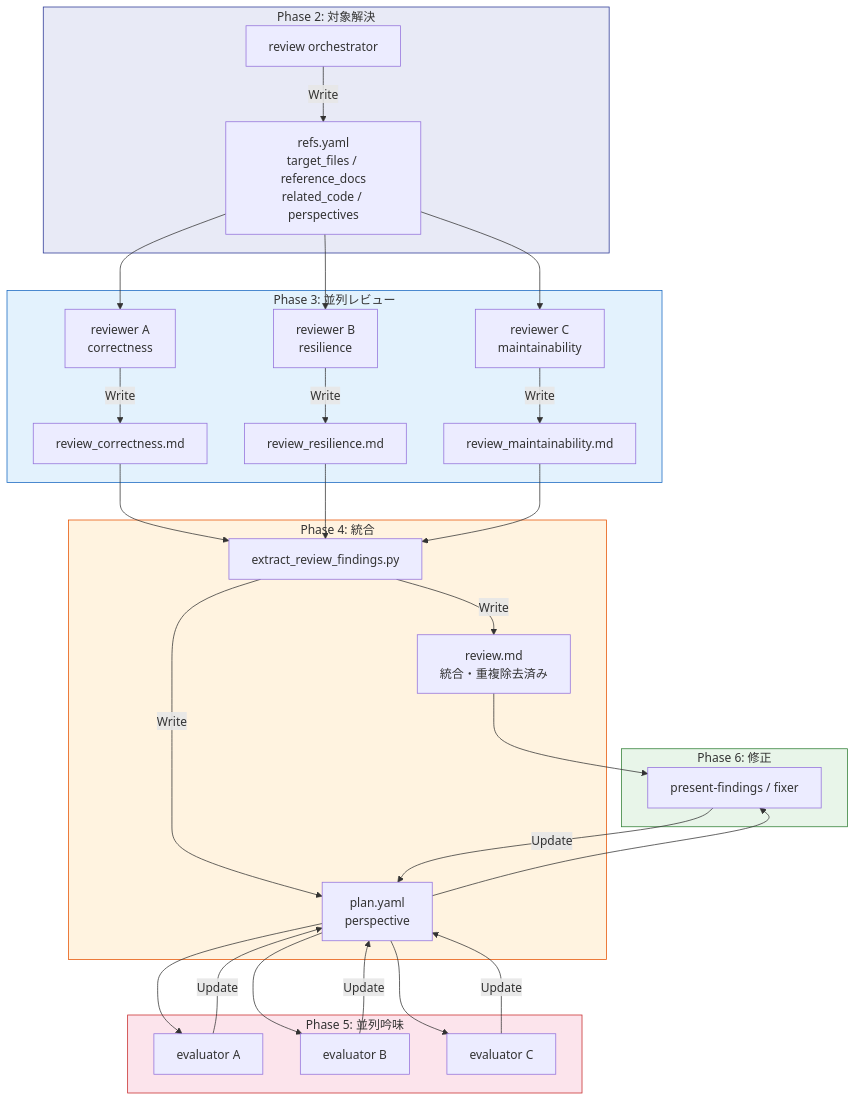
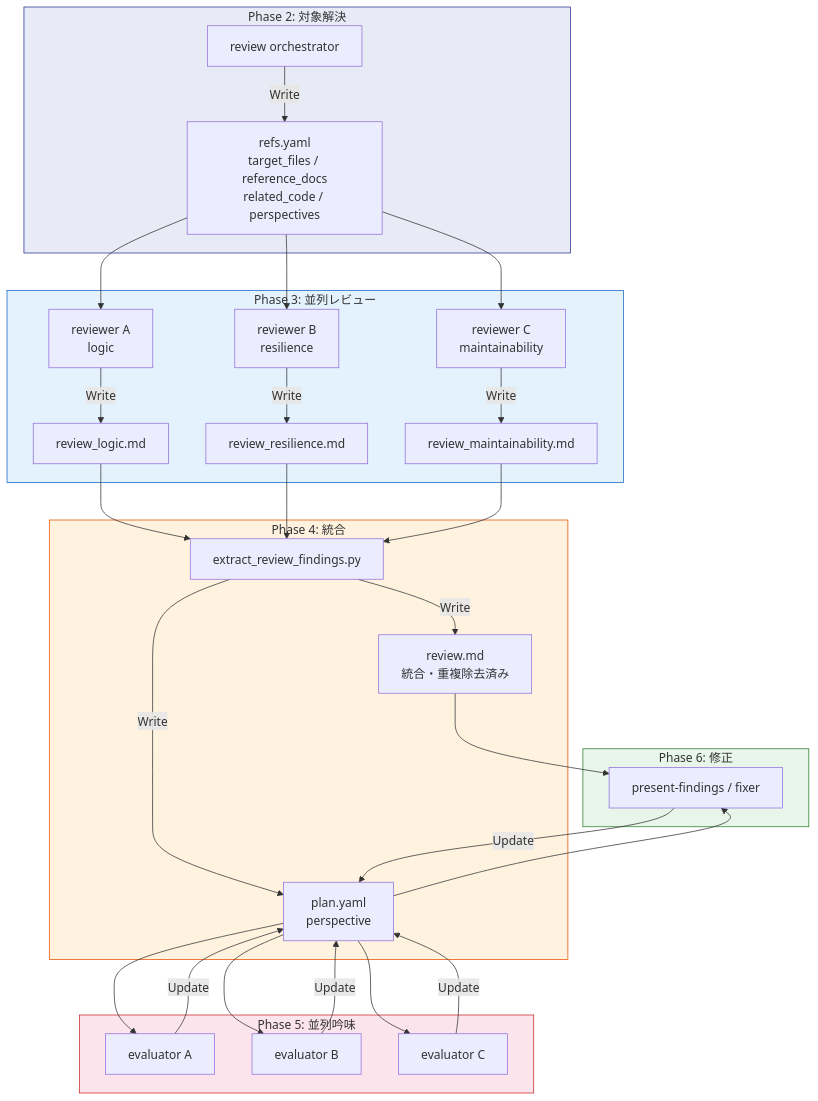
Before and after one commit to BlueEventHorizon/bw-cc-plugins: the second of 2 diagrams in docs/specs/forge/design/review_workflow_design.md, drawn with Mermaid. The commit also changed other lines of this file and 10 other files, not shown here.

````diff
--- a/docs/specs/forge/design/review_workflow_design.md
+++ b/docs/specs/forge/design/review_workflow_design.md
@@ -264,41 +264,41 @@
 ```mermaid
 flowchart TD
     subgraph Phase2 [Phase 2: 対象解決]
         ORC[review orchestrator] -->|Write| REFS[refs.yaml<br>target_files / reference_docs<br>related_code / perspectives]
     end
 
     subgraph Phase3 [Phase 3: 並列レビュー]
-        REFS --> R1[reviewer A<br>correctness]
+        REFS --> R1[reviewer A<br>logic]
         REFS --> R2[reviewer B<br>resilience]
         REFS --> R3[reviewer C<br>maintainability]
-        R1 -->|Write| RA[review_correctness.md]
+        R1 -->|Write| RA[review_logic.md]
         R2 -->|Write| RB[review_resilience.md]
         R3 -->|Write| RC[review_maintainability.md]
     end
 
     subgraph Phase4 [Phase 4: 統合]
         RA & RB & RC --> EXT[extract_review_findings.py]
         EXT -->|Write| RM[review.md<br>統合・重複除去済み]
         EXT -->|Write| PY[plan.yaml<br>perspective]
     end
 
     subgraph Phase5 [Phase 5: 並列吟味]
         PY --> E1[evaluator A]
         PY --> E2[evaluator B]
         PY --> E3[evaluator C]
         E1 -->|Update| PY
         E2 -->|Update| PY
         E3 -->|Update| PY
     end
 
     subgraph Phase6 [Phase 6: 修正]
         RM & PY --> PF[present-findings / fixer]
         PF -->|Update| PY
     end
 
     style Phase2 fill:#e8eaf6,stroke:#283593
     style Phase3 fill:#e3f2fd,stroke:#1565c0
     style Phase5 fill:#fce4ec,stroke:#c62828
     style Phase4 fill:#fff3e0,stroke:#e65100
     style Phase6 fill:#e8f5e9,stroke:#2e7d32
 ```
````
